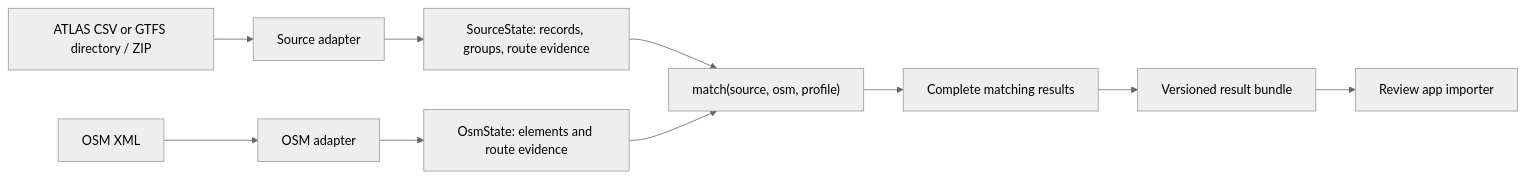
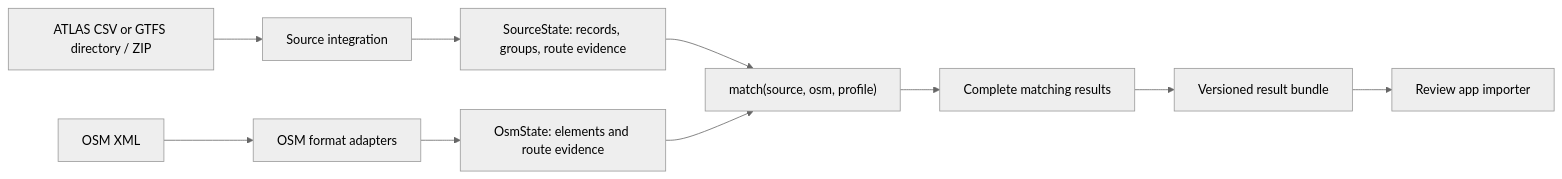
Before and after one commit to openTdataCH/stop_sync_osm_atlas: the diagram in engine/documentation/1. Download and process data.md, drawn with Mermaid (neutral theme). The commit also changed other lines of this file and 38 other files, not shown here.

First line of the commit message:
Refactor GTFS and OSM route processing

````diff
--- a/engine/documentation/1. Download and process data.md
+++ b/engine/documentation/1. Download and process data.md
@@ -5,12 +7,12 @@
 ```mermaid
 flowchart LR
-    A["ATLAS CSV or GTFS directory / ZIP"] --> B["Source adapter"]
-    X["OSM XML"] --> O["OSM adapter"]
+    A["ATLAS CSV or GTFS directory / ZIP"] --> B["Source integration"]
+    X["OSM XML"] --> O["OSM format adapters"]
     B --> S["SourceState: records, groups, route evidence"]
     O --> T["OsmState: elements and route evidence"]
     S --> M["match(source, osm, profile)"]
     T --> M
     M --> R["Complete matching results"]
     R --> E["Versioned result bundle"]
     E --> W["Review app importer"]
 ```
````
